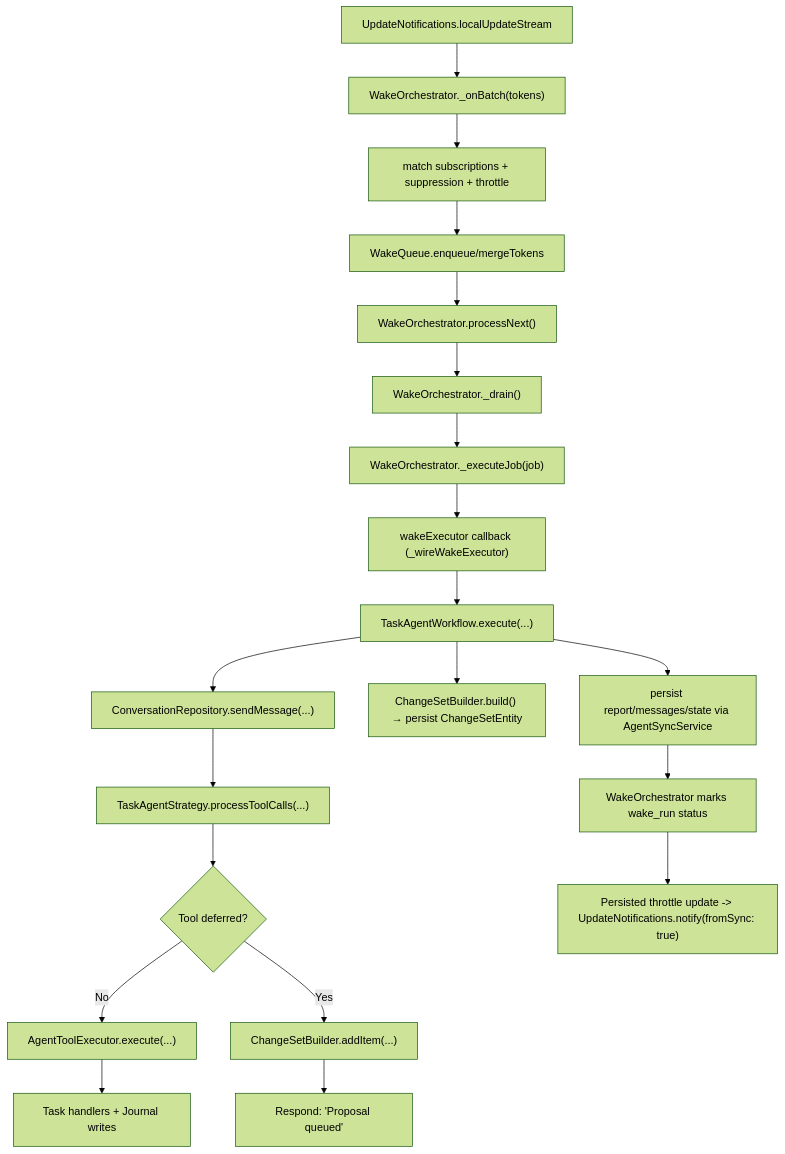
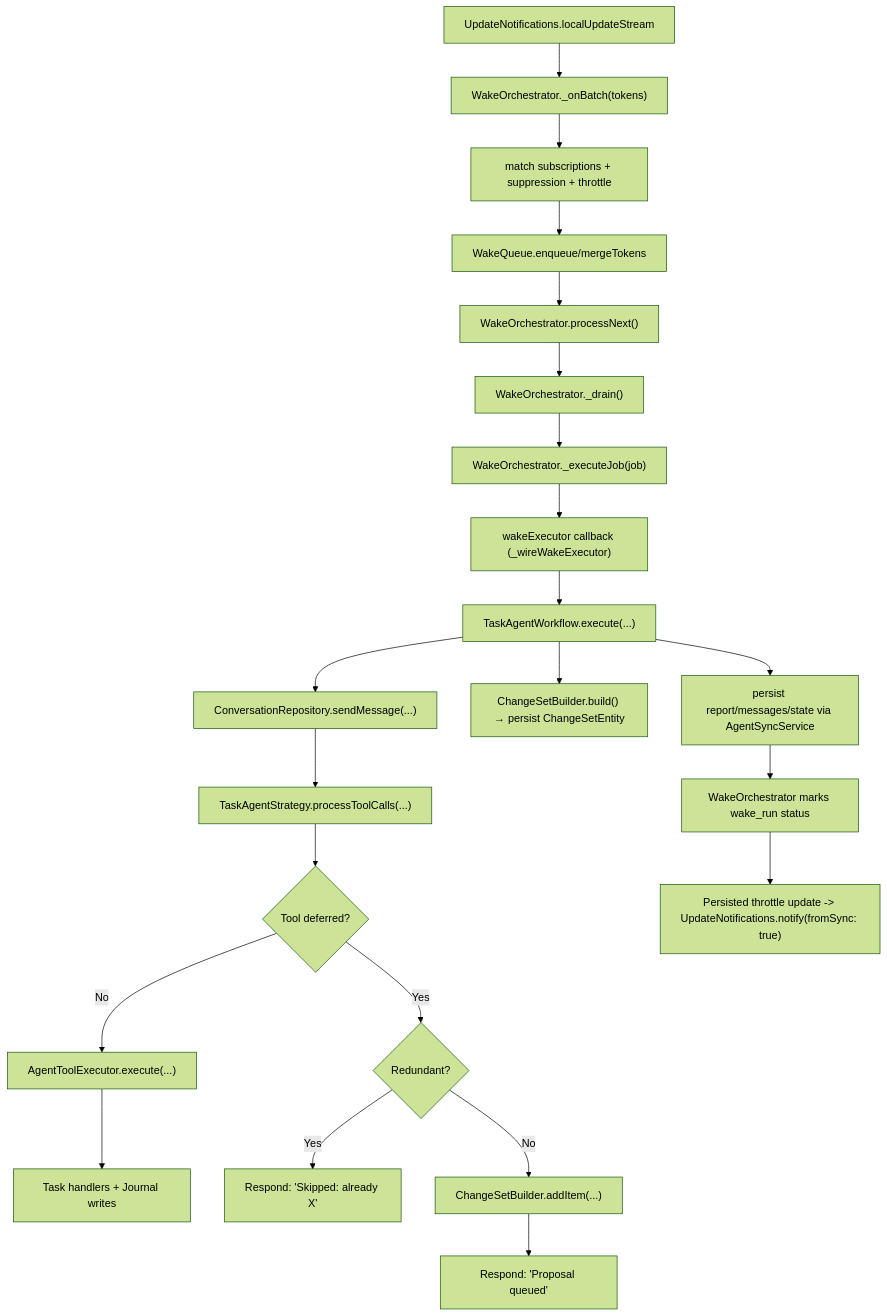
Before and after one commit to matthiasn/lotti: the second of 7 diagrams in lib/features/agents/README.md, drawn with Mermaid (forest theme). The commit also changed other lines of this file and 14 other files, not shown here.

````diff
--- a/lib/features/agents/README.md
+++ b/lib/features/agents/README.md
@@ -67,22 +67,24 @@
 ```mermaid
 flowchart TD
   A["UpdateNotifications.localUpdateStream"] --> B["WakeOrchestrator._onBatch(tokens)"]
   B --> C["match subscriptions + suppression + throttle"]
   C --> D["WakeQueue.enqueue/mergeTokens"]
   D --> E["WakeOrchestrator.processNext()"]
   E --> F["WakeOrchestrator._drain()"]
   F --> G["WakeOrchestrator._executeJob(job)"]
   G --> H["wakeExecutor callback (_wireWakeExecutor)"]
   H --> I["TaskAgentWorkflow.execute(...)"]
   I --> J["ConversationRepository.sendMessage(...)"]
   J --> K["TaskAgentStrategy.processToolCalls(...)"]
   K --> L{"Tool deferred?"}
   L -->|No| M["AgentToolExecutor.execute(...)"]
   M --> N["Task handlers + Journal writes"]
-  L -->|Yes| O["ChangeSetBuilder.addItem(...)"]
-  O --> P["Respond: 'Proposal queued'"]
+  L -->|Yes| O{"Redundant?"}
+  O -->|Yes| P2["Respond: 'Skipped: already X'"]
+  O -->|No| Q2["ChangeSetBuilder.addItem(...)"]
+  Q2 --> P["Respond: 'Proposal queued'"]
   I --> Q["ChangeSetBuilder.build() → persist ChangeSetEntity"]
   I --> R["persist report/messages/state via AgentSyncService"]
   R --> S["WakeOrchestrator marks wake_run status"]
   S --> T["Persisted throttle update -> UpdateNotifications.notify(fromSync: true)"]
 ```
````
